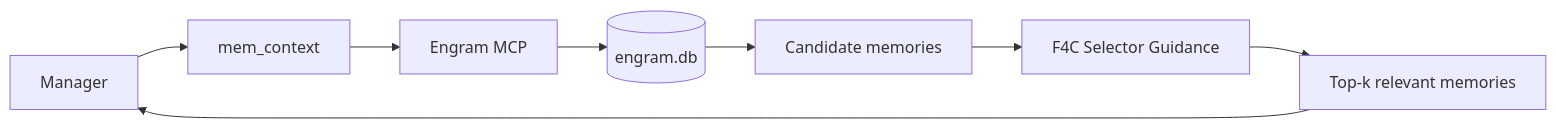
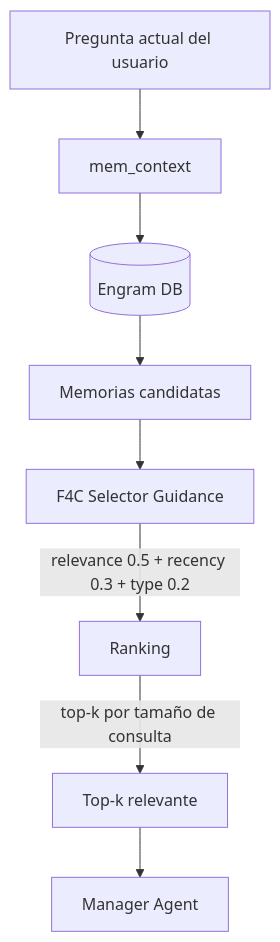
The fourth of 9 diagrams in README.md (harrysxavio/opencode-architecture), drawn with Mermaid before and after one commit. The commit also changed other lines of this file, not shown here.

````diff
--- a/README.md
+++ b/README.md
@@ -103,10 +257,10 @@
 ```mermaid
-flowchart LR
-  M[Manager] --> MC[mem_context]
-  MC --> EG[Engram MCP]
-  EG --> DB[(engram.db)]
-  DB --> R[Candidate memories]
-  R --> SEL[F4C Selector Guidance]
-  SEL --> TOP[Top-k relevant memories]
-  TOP --> M
+flowchart TD
+    Q[Pregunta actual del usuario] --> MC[mem_context]
+    MC --> DB[(Engram DB)]
+    DB --> CAND[Memorias candidatas]
+    CAND --> SEL[F4C Selector Guidance]
+    SEL -->|relevance 0.5 + recency 0.3 + type 0.2| RANK[Ranking]
+    RANK -->|top-k por tamaño de consulta| TOP[Top-k relevante]
+    TOP --> M[Manager Agent]
 ```
````
